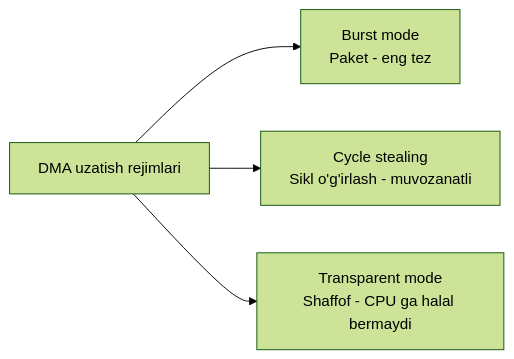
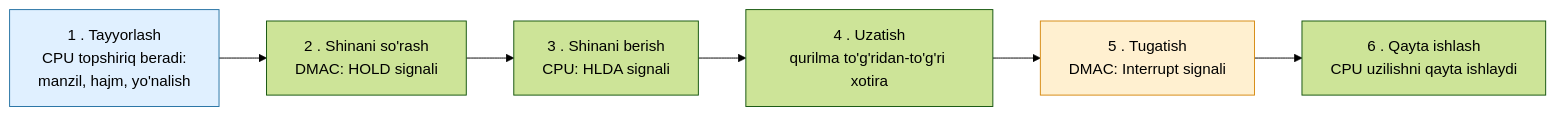
One commit to komronigris1119-byte/Root-Access- changed the third of 5 diagrams in PIO_DMA_Mustaqil_ish.md. Above: the diagram before and after it, drawn with Mermaid (forest theme). The commit also changed other lines of this file and 1 other file, not shown here.

Commit message:
Mustaqil ishni chiroyli formatda yangilash: aniqroq texnik mazmun, HTML jadvallar, yaxshilangan diagrammalar va Word stillari

````diff
--- a/PIO_DMA_Mustaqil_ish.md
+++ b/PIO_DMA_Mustaqil_ish.md
@@ -302,6 +323,10 @@
 ```mermaid
 graph LR
-    A[DMA uzatish rejimlari] --> B[Burst mode<br/>Paket - eng tez]
-    A --> C[Cycle stealing<br/>Sikl o'g'irlash - muvozanatli]
-    A --> D[Transparent mode<br/>Shaffof - CPU ga halal bermaydi]
+    A[1 . Tayyorlash<br/>CPU topshiriq beradi:<br/>manzil, hajm, yo'nalish] --> B[2 . Shinani so'rash<br/>DMAC: HOLD signali]
+    B --> C[3 . Shinani berish<br/>CPU: HLDA signali]
+    C --> D[4 . Uzatish<br/>qurilma to'g'ridan-to'g'ri xotira]
+    D --> E[5 . Tugatish<br/>DMAC: Interrupt signali]
+    E --> F[6 . Qayta ishlash<br/>CPU uzilishni qayta ishlaydi]
+    style A fill:#e0f0ff,stroke:#2471a3
+    style E fill:#fff0d0,stroke:#d68910
 ```
````
